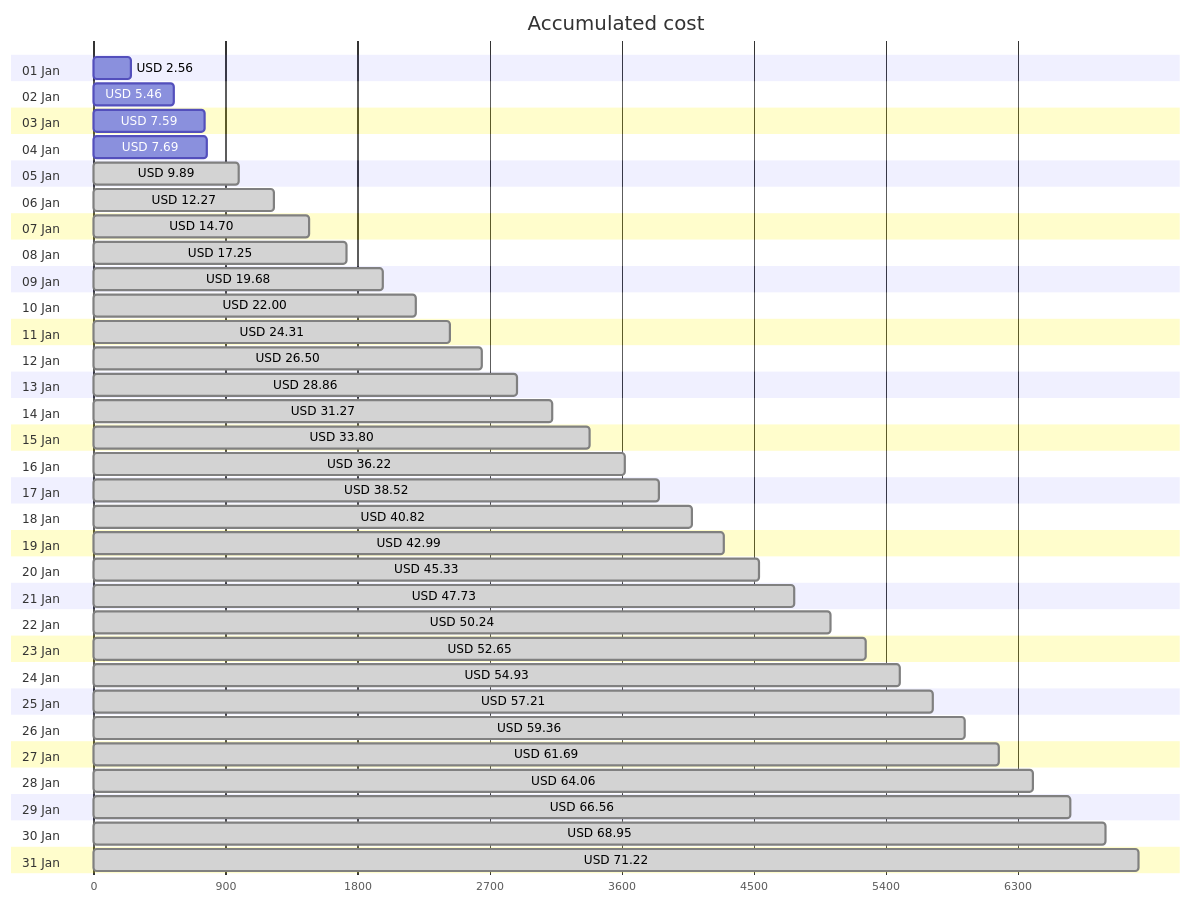
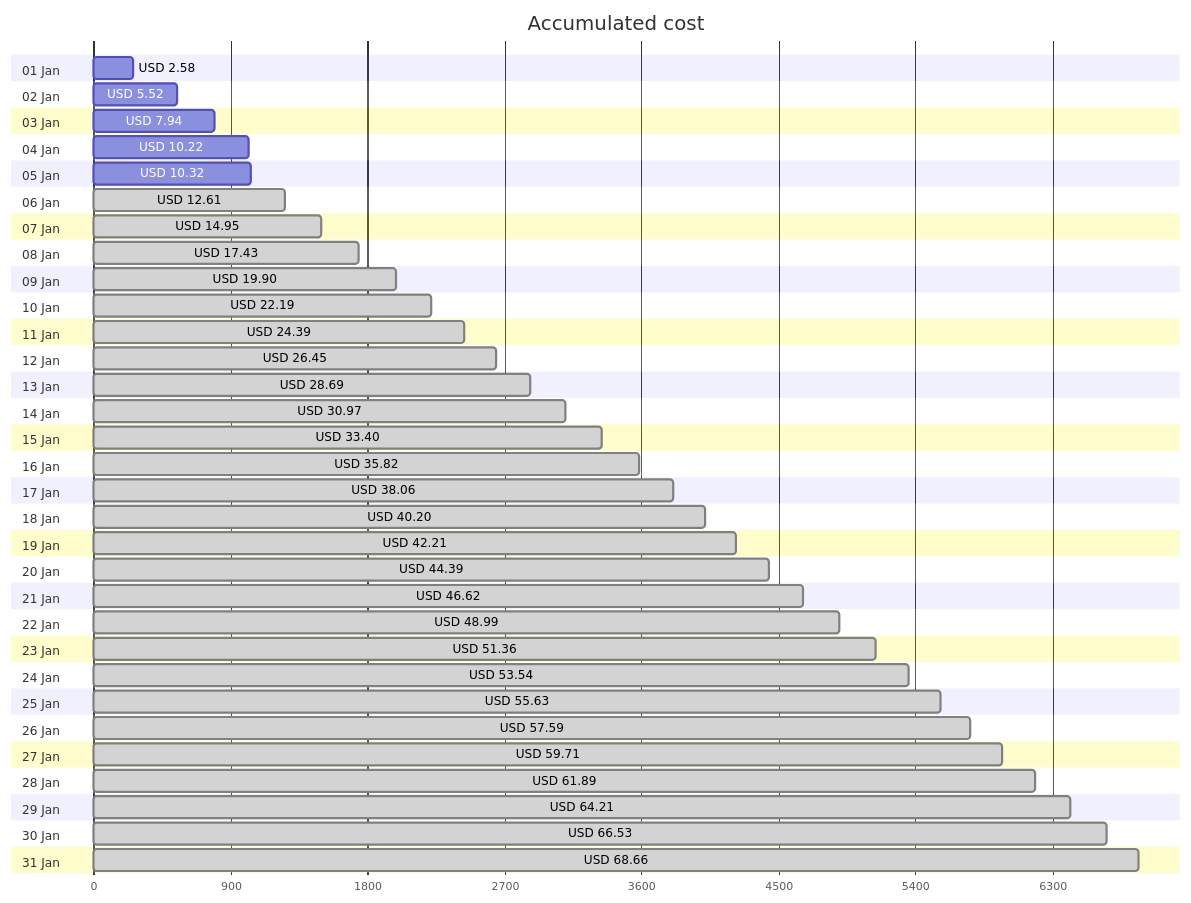
One commit to jpfulton/azure-personal-reports changed the first of 4 diagrams in cost-reports/accumulated-cost.md. Above: the diagram before and after it, drawn with Mermaid. The commit also changed other lines of this file and 4 other files, not shown here.

````diff
--- a/cost-reports/accumulated-cost.md
+++ b/cost-reports/accumulated-cost.md
@@ -20,68 +20,68 @@
 ```mermaid
 gantt
    title Accumulated cost
    dateFormat  X
    axisFormat %s
    section 01 Jan
-   USD 2.56 :0, 256
+   USD 2.58 :0, 258
    section 02 Jan
-   USD 5.46 :0, 546
+   USD 5.52 :0, 552
    section 03 Jan
-   USD 7.59 :0, 759
+   USD 7.94 :0, 794
    section 04 Jan
-   USD 7.69 :0, 769
+   USD 10.22 :0, 1022
    section 05 Jan
-   USD 9.89 : done, 0, 989
+   USD 10.32 :0, 1032
    section 06 Jan
-   USD 12.27 : done, 0, 1227
+   USD 12.61 : done, 0, 1261
    section 07 Jan
-   USD 14.70 : done, 0, 1470
+   USD 14.95 : done, 0, 1495
    section 08 Jan
-   USD 17.25 : done, 0, 1725
+   USD 17.43 : done, 0, 1743
    section 09 Jan
-   USD 19.68 : done, 0, 1968
+   USD 19.90 : done, 0, 1990
    section 10 Jan
-   USD 22.00 : done, 0, 2200
+   USD 22.19 : done, 0, 2219
    section 11 Jan
-   USD 24.31 : done, 0, 2431
+   USD 24.39 : done, 0, 2439
    section 12 Jan
-   USD 26.50 : done, 0, 2650
+   USD 26.45 : done, 0, 2645
    section 13 Jan
-   USD 28.86 : done, 0, 2886
+   USD 28.69 : done, 0, 2869
    section 14 Jan
-   USD 31.27 : done, 0, 3127
+   USD 30.97 : done, 0, 3097
    section 15 Jan
-   USD 33.80 : done, 0, 3380
+   USD 33.40 : done, 0, 3340
    section 16 Jan
-   USD 36.22 : done, 0, 3622
+   USD 35.82 : done, 0, 3582
    section 17 Jan
-   USD 38.52 : done, 0, 3852
+   USD 38.06 : done, 0, 3806
    section 18 Jan
-   USD 40.82 : done, 0, 4082
+   USD 40.20 : done, 0, 4020
    section 19 Jan
-   USD 42.99 : done, 0, 4299
+   USD 42.21 : done, 0, 4221
    section 20 Jan
-   USD 45.33 : done, 0, 4533
+   USD 44.39 : done, 0, 4439
    section 21 Jan
-   USD 47.73 : done, 0, 4773
+   USD 46.62 : done, 0, 4662
    section 22 Jan
-   USD 50.24 : done, 0, 5024
+   USD 48.99 : done, 0, 4899
    section 23 Jan
-   USD 52.65 : done, 0, 5265
+   USD 51.36 : done, 0, 5136
    section 24 Jan
-   USD 54.93 : done, 0, 5493
+   USD 53.54 : done, 0, 5354
    section 25 Jan
-   USD 57.21 : done, 0, 5721
+   USD 55.63 : done, 0, 5563
    section 26 Jan
-   USD 59.36 : done, 0, 5936
+   USD 57.59 : done, 0, 5759
    section 27 Jan
-   USD 61.69 : done, 0, 6169
+   USD 59.71 : done, 0, 5971
    section 28 Jan
-   USD 64.06 : done, 0, 6406
+   USD 61.89 : done, 0, 6189
    section 29 Jan
-   USD 66.56 : done, 0, 6656
+   USD 64.21 : done, 0, 6421
    section 30 Jan
-   USD 68.95 : done, 0, 6895
+   USD 66.53 : done, 0, 6653
    section 31 Jan
-   USD 71.22 : done, 0, 7122
+   USD 68.66 : done, 0, 6866
 ```
````
